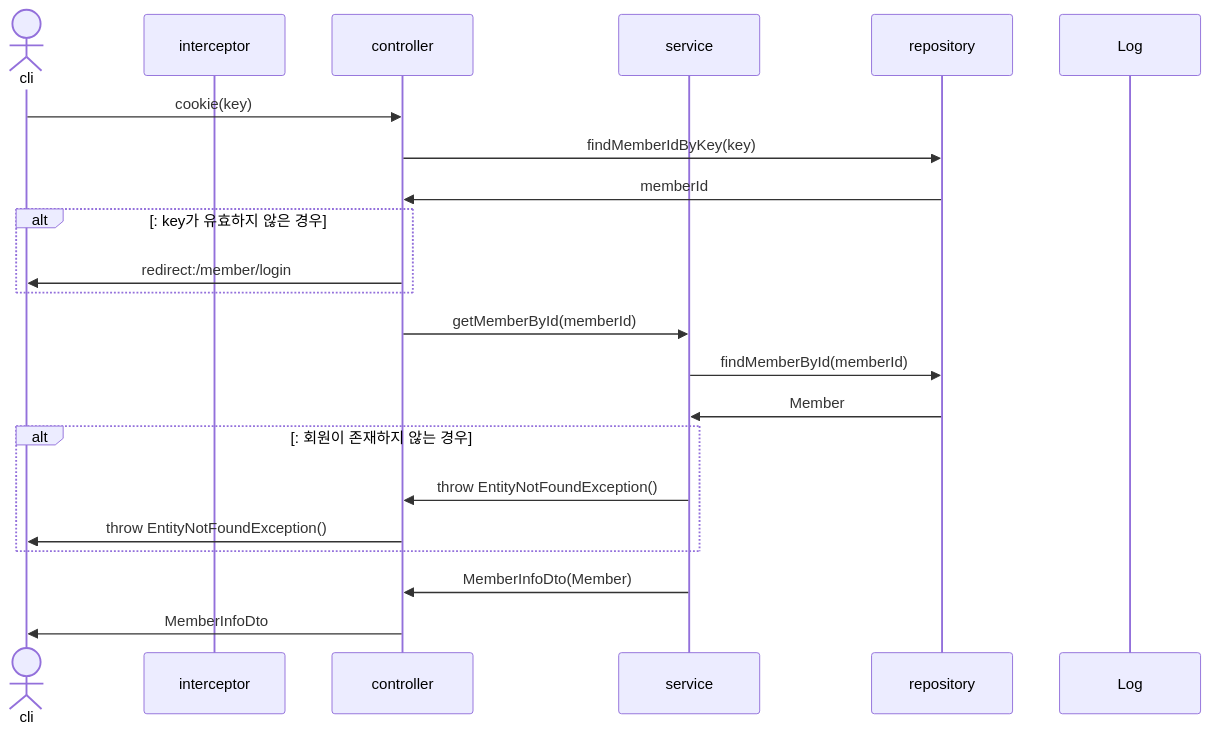
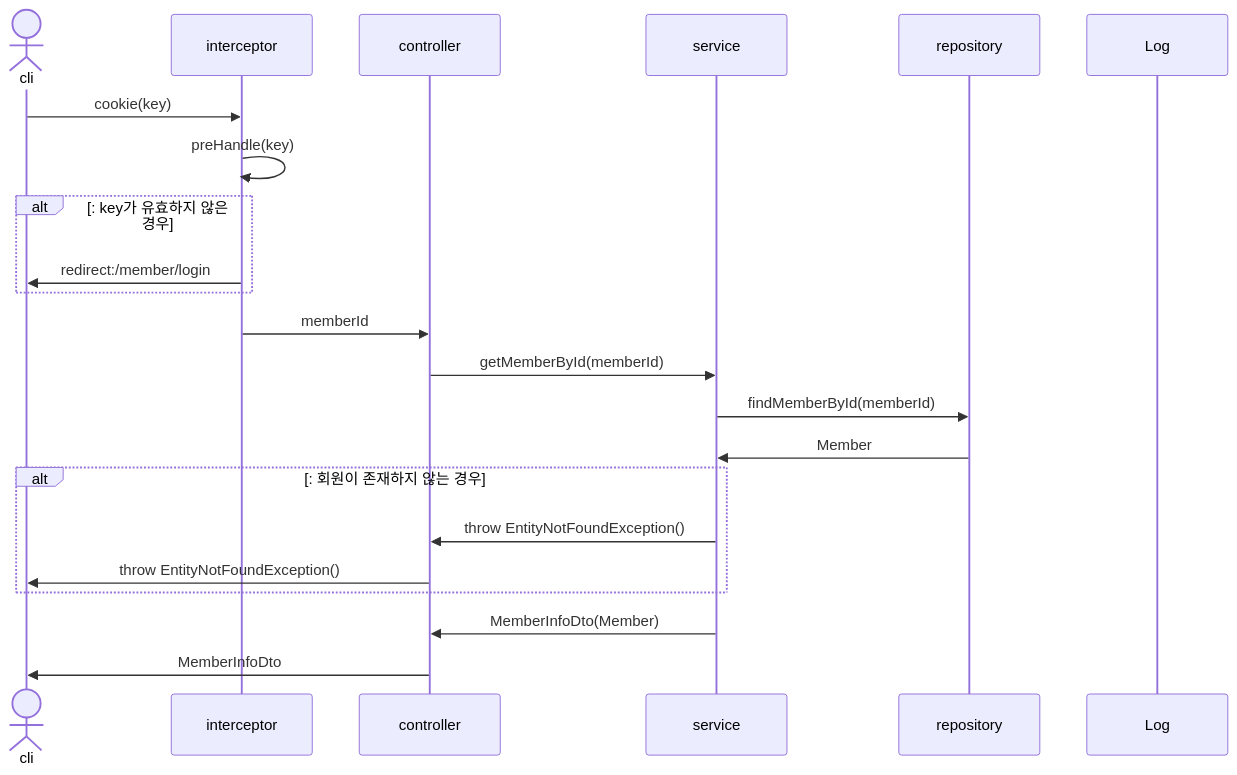
One commit to mtak0235/snsX changed the ninth of 30 diagrams in sequence.md. Above: the diagram before and after it, drawn with Mermaid. The commit also changed other lines of this file, not shown here.

````diff
--- a/sequence.md
+++ b/sequence.md
@@ -223,25 +226,25 @@
 ```mermaid
 sequenceDiagram
 actor cli
 participant i as interceptor
 participant c as controller
 participant s as service
 participant r as repository
 participant l as Log
 
-cli->>c: cookie(key)
-c->>r: findMemberIdByKey(key)
-r->>c: memberId
+cli->>i: cookie(key)
+i->>i: preHandle(key)
 alt: key가 유효하지 않은 경우
-c->>cli: redirect:/member/login
+i->>cli: redirect:/member/login
 end
+i->>c: memberId
 c->>s: getMemberById(memberId)
 s->>r: findMemberById(memberId)
 r->>s: Member
 alt: 회원이 존재하지 않는 경우
 s->>c: throw EntityNotFoundException()
 c->>cli: throw EntityNotFoundException()
 end
 s->>c: MemberInfoDto(Member)
 c->>cli: MemberInfoDto
 ```
````
